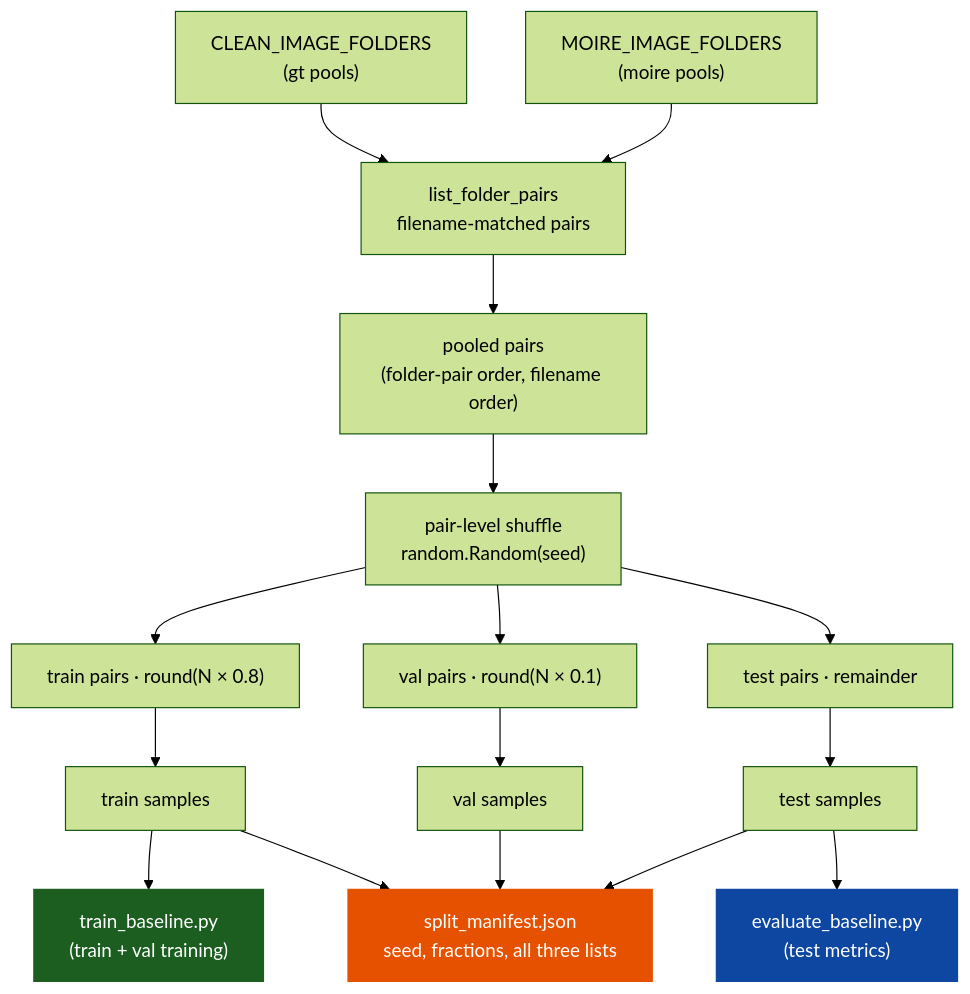
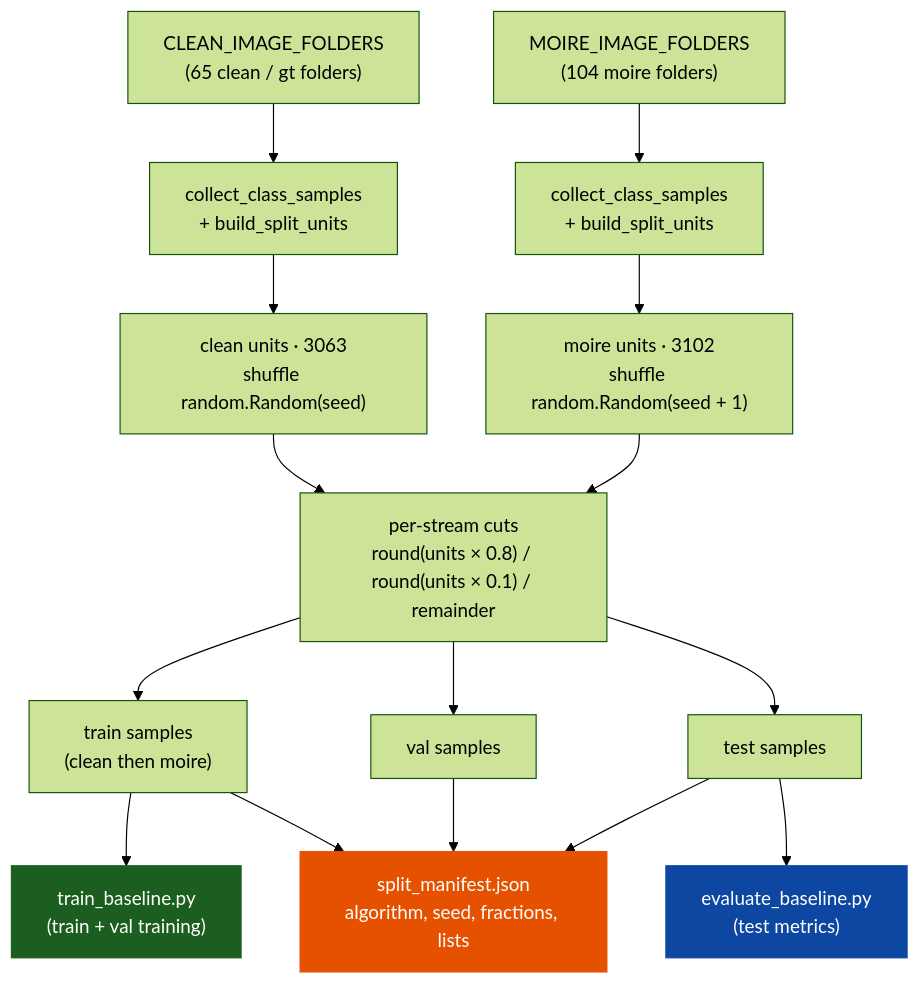
The diagram in docs/dataset.md (babak-abad/Spatial-Moire-Effect-Detection), drawn with Mermaid (forest theme) before and after one commit. The commit also changed other lines of this file and 22 other files, not shown here.

````diff
--- a/docs/dataset.md
+++ b/docs/dataset.md
@@ -72,21 +98,20 @@
 ```mermaid
 flowchart TD
-    A["CLEAN_IMAGE_FOLDERS<br/>(gt pools)"] --> C["list_folder_pairs<br/>filename-matched pairs"]
-    B["MOIRE_IMAGE_FOLDERS<br/>(moire pools)"] --> C
-    C --> D["pooled pairs<br/>(folder-pair order, filename order)"]
-    D --> E["pair-level shuffle<br/>random.Random(seed)"]
-    E --> F["train pairs · round(N × 0.8)"]
-    E --> G["val pairs · round(N × 0.1)"]
-    E --> H["test pairs · remainder"]
-    F --> I["train samples"]
-    G --> J["val samples"]
-    H --> K["test samples"]
-    I --> L["train_baseline.py<br/>(train + val training)"]
-    K --> M["evaluate_baseline.py<br/>(test metrics)"]
-    I --> N["split_manifest.json<br/>seed, fractions, all three lists"]
+    A["CLEAN_IMAGE_FOLDERS<br/>(65 clean / gt folders)"] --> C["collect_class_samples<br/>+ build_split_units"]
+    B["MOIRE_IMAGE_FOLDERS<br/>(104 moire folders)"] --> D["collect_class_samples<br/>+ build_split_units"]
+    C --> E["clean units · 3063<br/>shuffle random.Random(seed)"]
+    D --> F["moire units · 3102<br/>shuffle random.Random(seed + 1)"]
+    E --> G["per-stream cuts<br/>round(units × 0.8) / round(units × 0.1) / remainder"]
+    F --> G
+    G --> H["train samples<br/>(clean then moire)"]
+    G --> I["val samples"]
+    G --> J["test samples"]
+    H --> L["train_baseline.py<br/>(train + val training)"]
+    J --> M["evaluate_baseline.py<br/>(test metrics)"]
+    H --> N["split_manifest.json<br/>algorithm, seed, fractions, lists"]
+    I --> N
     J --> N
-    K --> N
     style L fill:#1b5e20,stroke:#1b5e20,color:#ffffff
     style M fill:#0d47a1,stroke:#0d47a1,color:#ffffff
     style N fill:#e65100,stroke:#e65100,color:#ffffff
 ```
````
